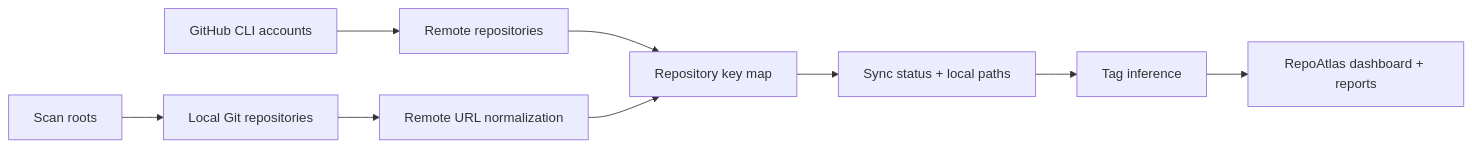
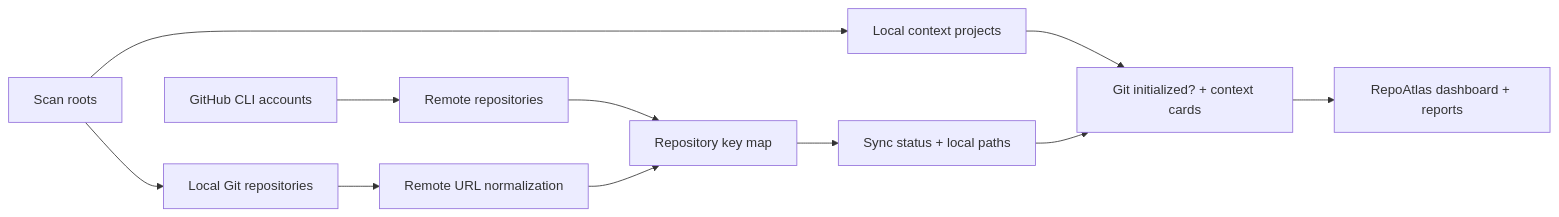
One commit to Harzva/RepoAtlas changed the diagram in README.md. Above: the diagram before and after it, drawn with Mermaid. The commit also changed other lines of this file and 8 other files, not shown here.

Commit message:
Add hook and local context project scanning

````diff
--- a/README.md
+++ b/README.md
@@ -125,11 +126,13 @@
 ```mermaid
 flowchart LR
   A["GitHub CLI accounts"] --> B["Remote repositories"]
   C["Scan roots"] --> D["Local Git repositories"]
+  C --> J["Local context projects"]
   D --> E["Remote URL normalization"]
   B --> F["Repository key map"]
   E --> F
   F --> G["Sync status + local paths"]
-  G --> H["Tag inference"]
+  J --> H["Git initialized? + context cards"]
+  G --> H
   H --> I["RepoAtlas dashboard + reports"]
 ```
````
